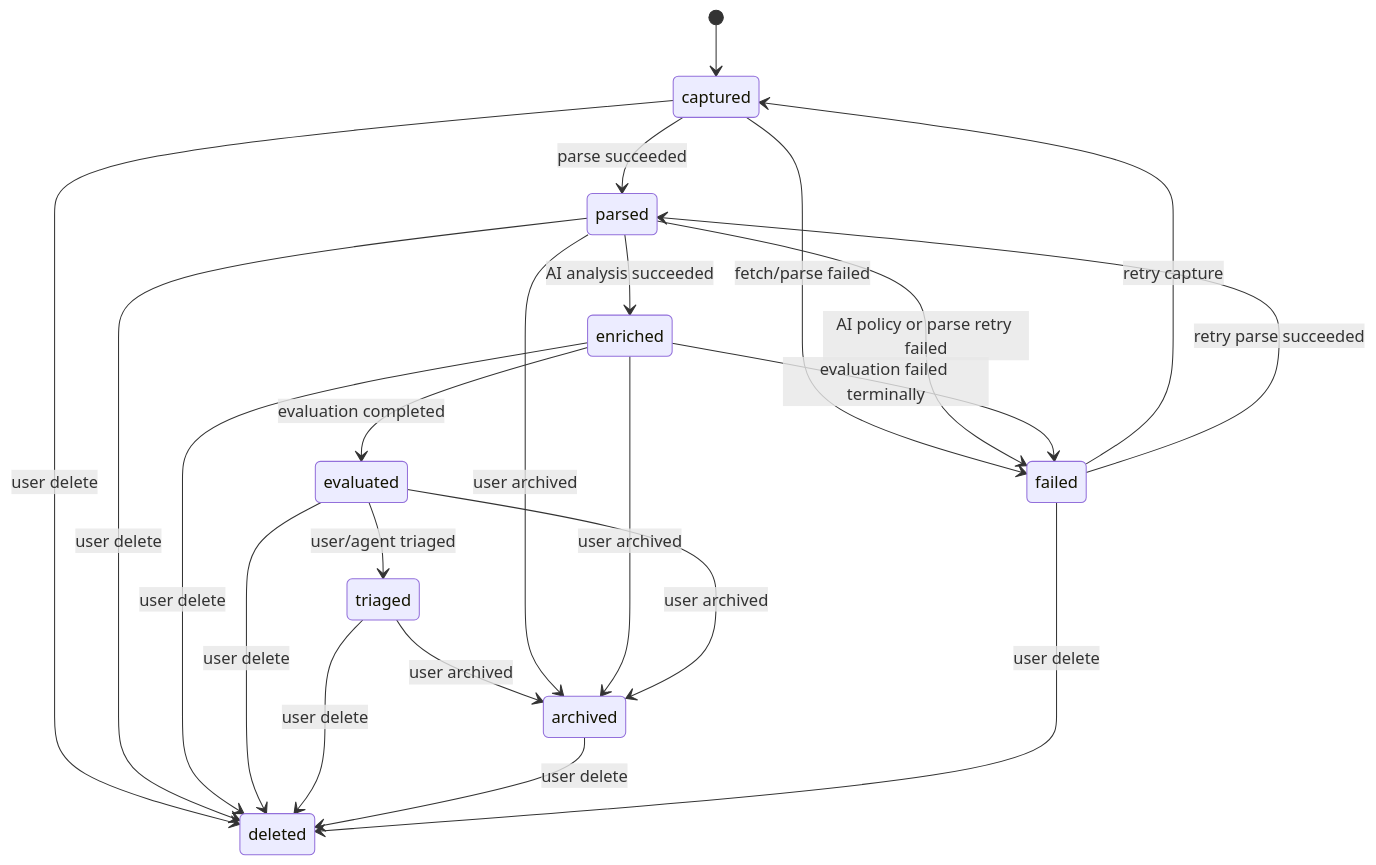
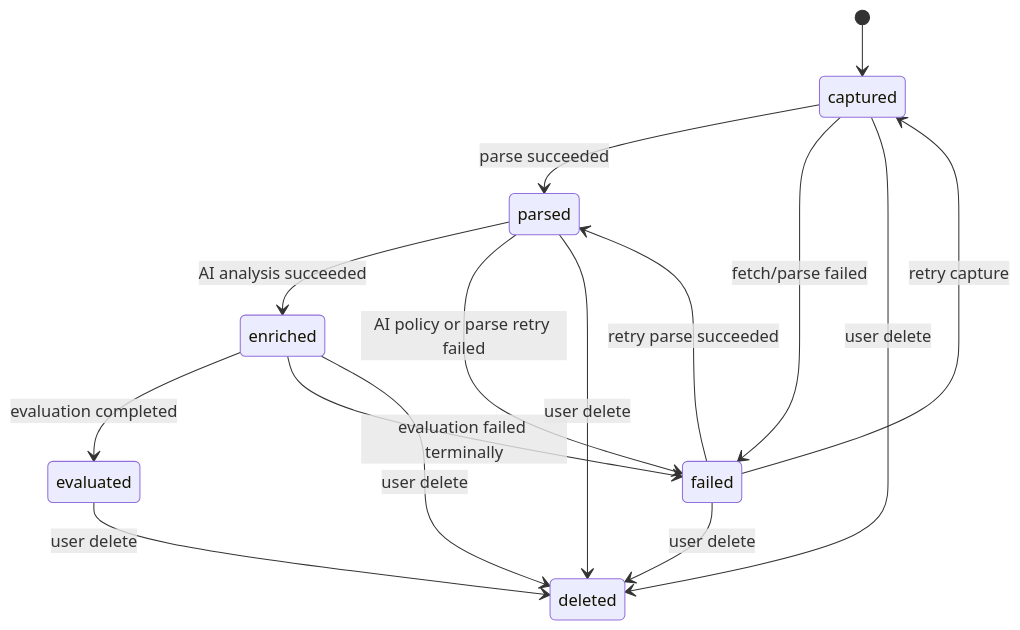
Before and after one commit to SayHISayHI/link-world: the first of 8 diagrams in docs/state_machines.md, drawn with Mermaid. The commit also changed other lines of this file and 8 other files, not shown here.

First line of the commit message:
refactor(domain): drop the unused triaged/archived lifecycle states

````diff
--- a/docs/state_machines.md
+++ b/docs/state_machines.md
@@ -12,24 +12,17 @@
 ```mermaid
 stateDiagram-v2
   [*] --> captured
   captured --> parsed: parse succeeded
   captured --> failed: fetch/parse failed
   parsed --> enriched: AI analysis succeeded
   parsed --> failed: AI policy or parse retry failed
   enriched --> evaluated: evaluation completed
   enriched --> failed: evaluation failed terminally
-  evaluated --> triaged: user/agent triaged
-  triaged --> archived: user archived
-  parsed --> archived: user archived
-  enriched --> archived: user archived
-  evaluated --> archived: user archived
   captured --> deleted: user delete
   parsed --> deleted: user delete
   enriched --> deleted: user delete
   evaluated --> deleted: user delete
-  triaged --> deleted: user delete
-  archived --> deleted: user delete
   failed --> captured: retry capture
   failed --> parsed: retry parse succeeded
   failed --> deleted: user delete
 ```
````
